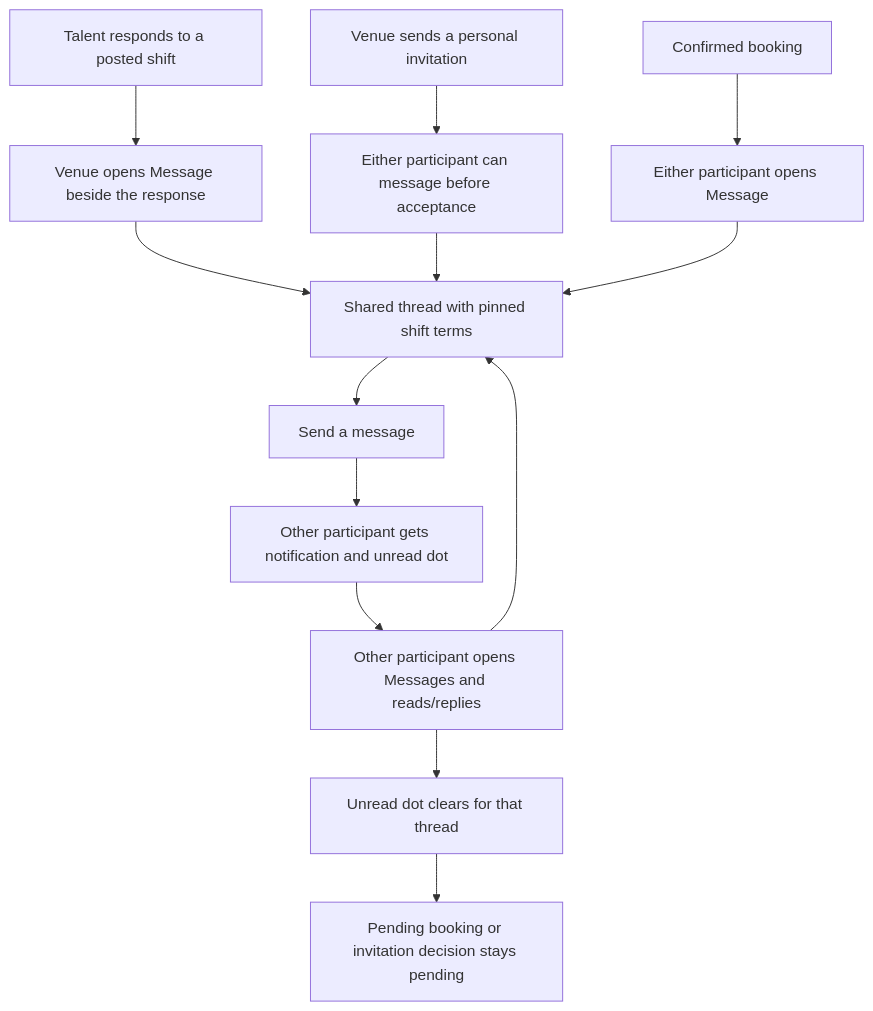
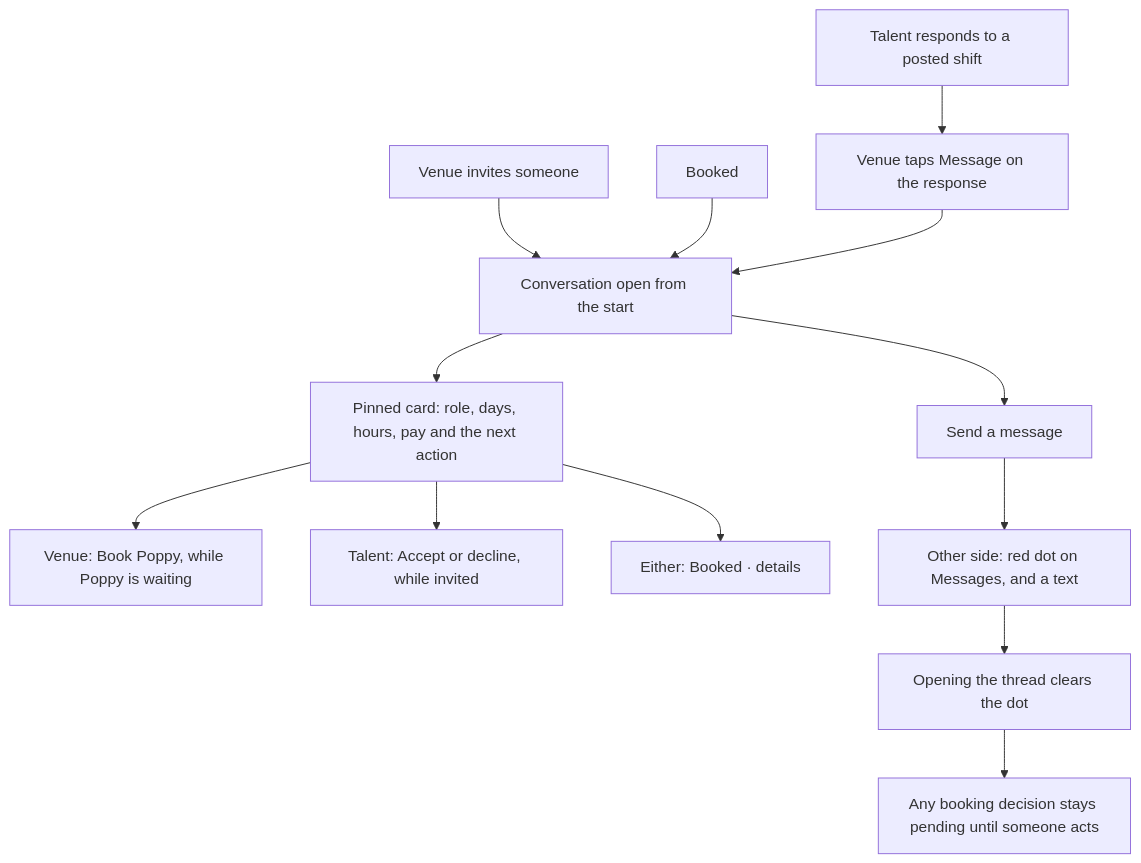
The sixth of 10 diagrams in docs/MVP-preview-flowcharts.md (Envo-Entity/dyuknow), drawn with Mermaid before and after one commit. The commit also changed other lines of this file and 54 other files, not shown here.

````diff
--- a/docs/MVP-preview-flowcharts.md
+++ b/docs/MVP-preview-flowcharts.md
@@ -129,15 +192,15 @@
 ```mermaid
 flowchart TD
-    R["Talent responds to a posted shift"] --> V["Venue opens Message beside the response"]
-    I["Venue sends a personal invitation"] --> IT["Either participant can message before acceptance"]
-    B["Confirmed booking"] --> BM["Either participant opens Message"]
-    V --> THREAD["Shared thread with pinned shift terms"]
-    IT --> THREAD
-    BM --> THREAD
-    THREAD --> SEND["Send a message"]
-    SEND --> NOTICE["Other participant gets notification and unread dot"]
-    NOTICE --> READ["Other participant opens Messages and reads/replies"]
-    READ --> THREAD
-    READ --> CLEAR["Unread dot clears for that thread"]
-    CLEAR --> DECISION["Pending booking or invitation decision stays pending"]
+    A["Talent responds to a posted shift"] --> V["Venue taps Message on the response"]
+    I["Venue invites someone"] --> OPEN["Conversation open from the start"]
+    BK["Booked"] --> OPEN
+    V --> OPEN
+    OPEN --> PIN["Pinned card: role, days, hours, pay and the next action"]
+    PIN --> PV["Venue: Book Poppy, while Poppy is waiting"]
+    PIN --> PT["Talent: Accept or decline, while invited"]
+    PIN --> PB["Either: Booked · details"]
+    OPEN --> SEND["Send a message"]
+    SEND --> DOT["Other side: red dot on Messages, and a text"]
+    DOT --> READ["Opening the thread clears the dot"]
+    READ --> STILL["Any booking decision stays pending until someone acts"]
 ```
````
